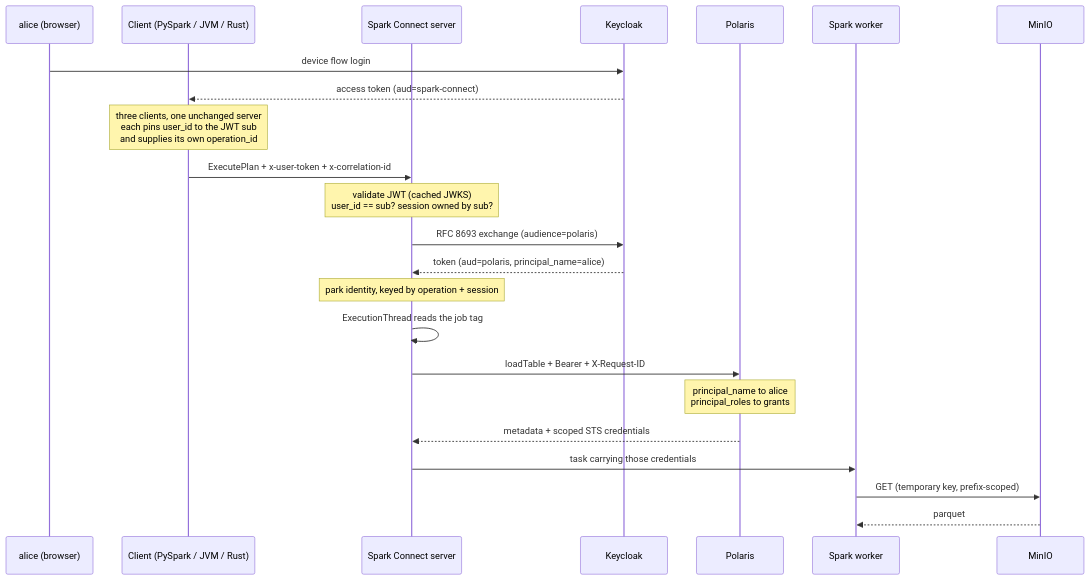
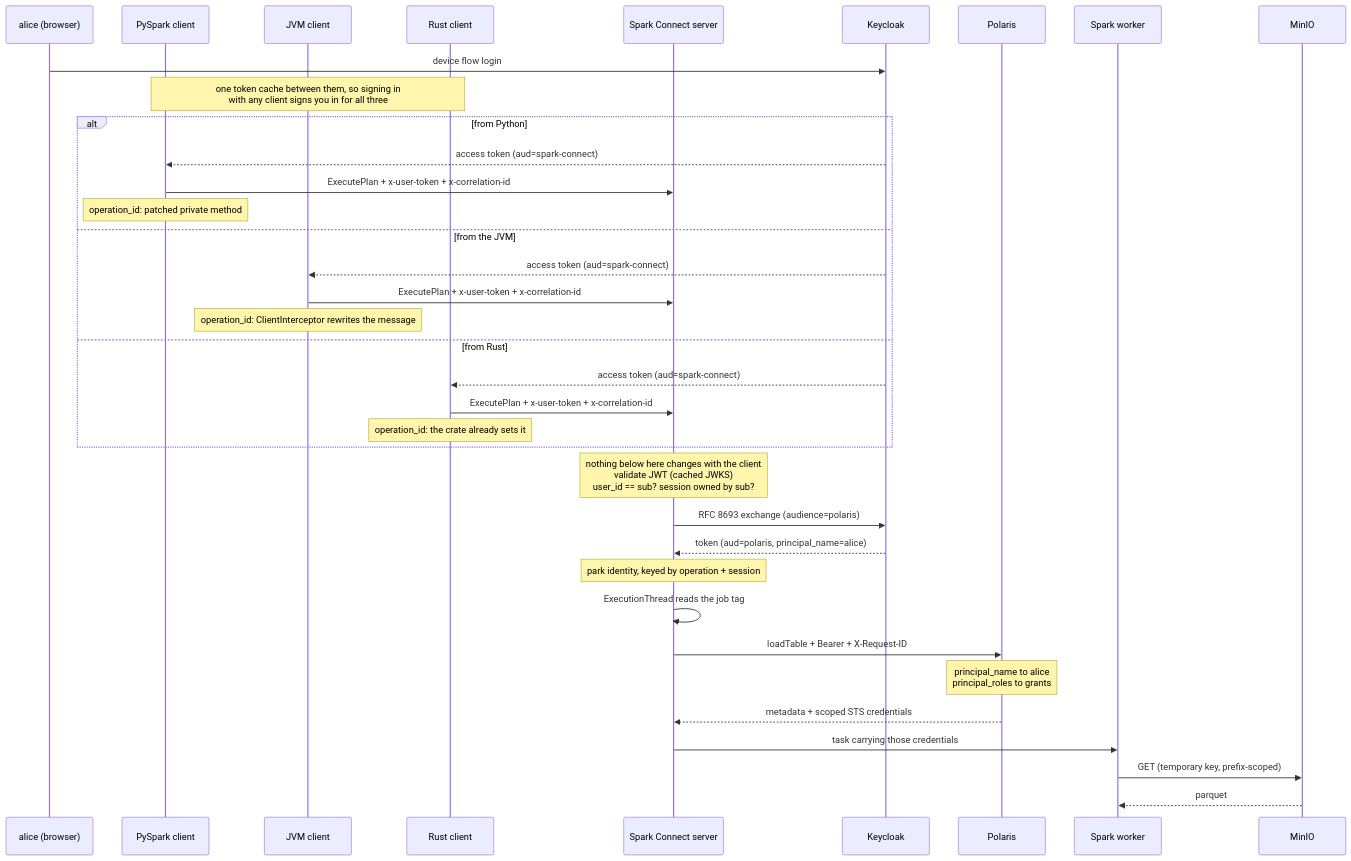
Before and after one commit to larsw/spark-connect-auth-context-propagation: the diagram in README.md, drawn with Mermaid.

Commit message:
Redraw the query path with a lifeline per client
Three lifelines, as asked, rather than one labelled with all three names.

The three client calls sit in an alt block, so the diagram says "one of these
three" rather than "three simultaneous callers", which is what three bare
lifelines side by side would have implied. Each branch carries the one thing
that genuinely differs -- how that client comes by its operation_id -- and the
server-side half is drawn once below the block, under a note saying nothing
past that point changes with the client. That is the actual claim the picture
is there to make.

Rendered it with mermaid-cli and looked at the output, not just the exit code:
the alt block, the note spanning the three client lifelines, and the colons
inside the note text all come out as intended.

````diff
--- a/README.md
+++ b/README.md
@@ -65,26 +65,41 @@
 ```mermaid
 sequenceDiagram
     participant U as alice (browser)
-    participant C as Client (PySpark / JVM / Rust)
+    participant Py as PySpark client
+    participant Jv as JVM client
+    participant Rs as Rust client
     participant S as Spark Connect server
     participant K as Keycloak
     participant P as Polaris
     participant W as Spark worker
     participant M as MinIO
 
     U->>K: device flow login
-    K-->>C: access token (aud=spark-connect)
-    Note over C: three clients, one unchanged server<br/>each pins user_id to the JWT sub<br/>and supplies its own operation_id
-    C->>S: ExecutePlan + x-user-token + x-correlation-id
-    Note over S: validate JWT (cached JWKS)<br/>user_id == sub? session owned by sub?
+    Note over Py,Rs: one token cache between them, so signing in<br/>with any client signs you in for all three
+
+    alt from Python
+        K-->>Py: access token (aud=spark-connect)
+        Py->>S: ExecutePlan + x-user-token + x-correlation-id
+        Note over Py: operation_id: patched private method
+    else from the JVM
+        K-->>Jv: access token (aud=spark-connect)
+        Jv->>S: ExecutePlan + x-user-token + x-correlation-id
+        Note over Jv: operation_id: ClientInterceptor rewrites the message
+    else from Rust
+        K-->>Rs: access token (aud=spark-connect)
+        Rs->>S: ExecutePlan + x-user-token + x-correlation-id
+        Note over Rs: operation_id: the crate already sets it
+    end
+
+    Note over S: nothing below here changes with the client<br/>validate JWT (cached JWKS)<br/>user_id == sub? session owned by sub?
     S->>K: RFC 8693 exchange (audience=polaris)
     K-->>S: token (aud=polaris, principal_name=alice)
     Note over S: park identity, keyed by operation + session
     S->>S: ExecutionThread reads the job tag
     S->>P: loadTable + Bearer + X-Request-ID
     Note over P: principal_name to alice<br/>principal_roles to grants
     P-->>S: metadata + scoped STS credentials
     S->>W: task carrying those credentials
     W->>M: GET (temporary key, prefix-scoped)
     M-->>W: parquet
 ```
````
